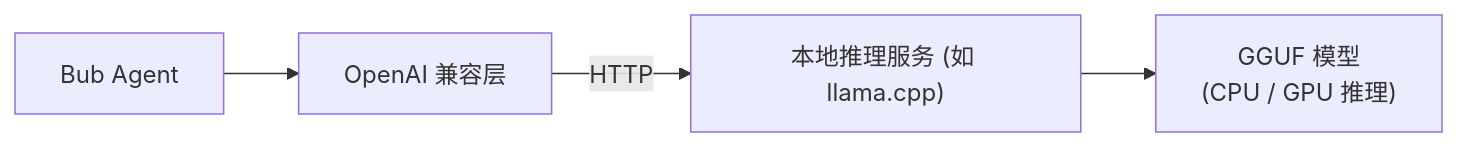
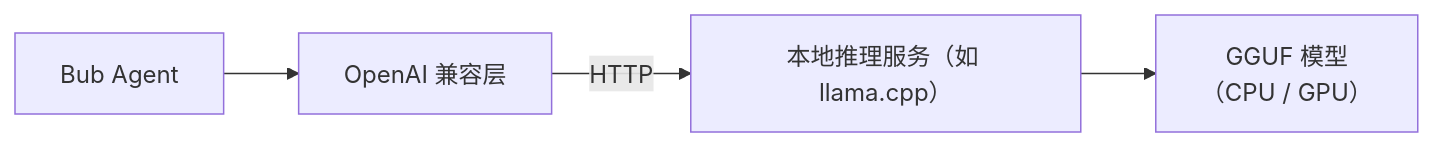
The diagram in website/src/content/docs/zh-cn/docs/integrations/local-models.mdx (bubbuild/bub), drawn with Mermaid before and after one commit. The commit also changed other lines of this file and 74 other files, not shown here.

````diff
--- a/website/src/content/docs/zh-cn/docs/integrations/local-models.mdx
+++ b/website/src/content/docs/zh-cn/docs/integrations/local-models.mdx
@@ -10,11 +10,11 @@
 ```mermaid
 flowchart LR
     Bub["Bub Agent"]
     OpenAI["OpenAI 兼容层"]
-    LocalServer["本地推理服务 (如 llama.cpp)"]
-    Model["GGUF 模型\n(CPU / GPU 推理)"]
+    LocalServer["本地推理服务（如 llama.cpp）"]
+    Model["GGUF 模型\n（CPU / GPU）"]
 
     Bub --> OpenAI
     OpenAI -->|"HTTP"| LocalServer
     LocalServer --> Model
 ```
````
